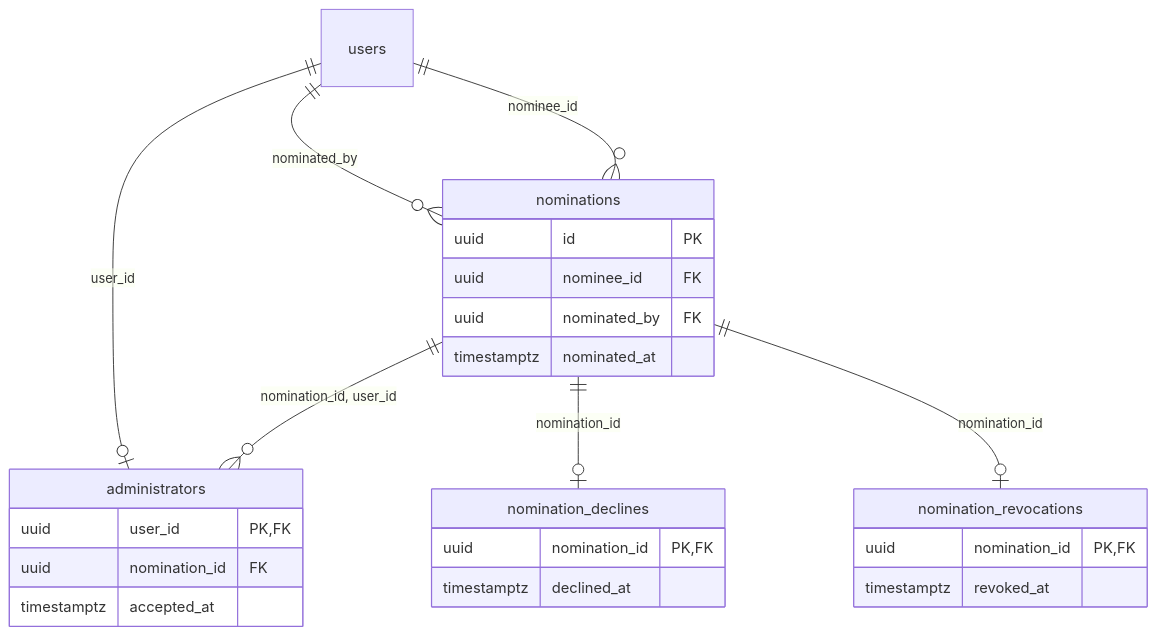
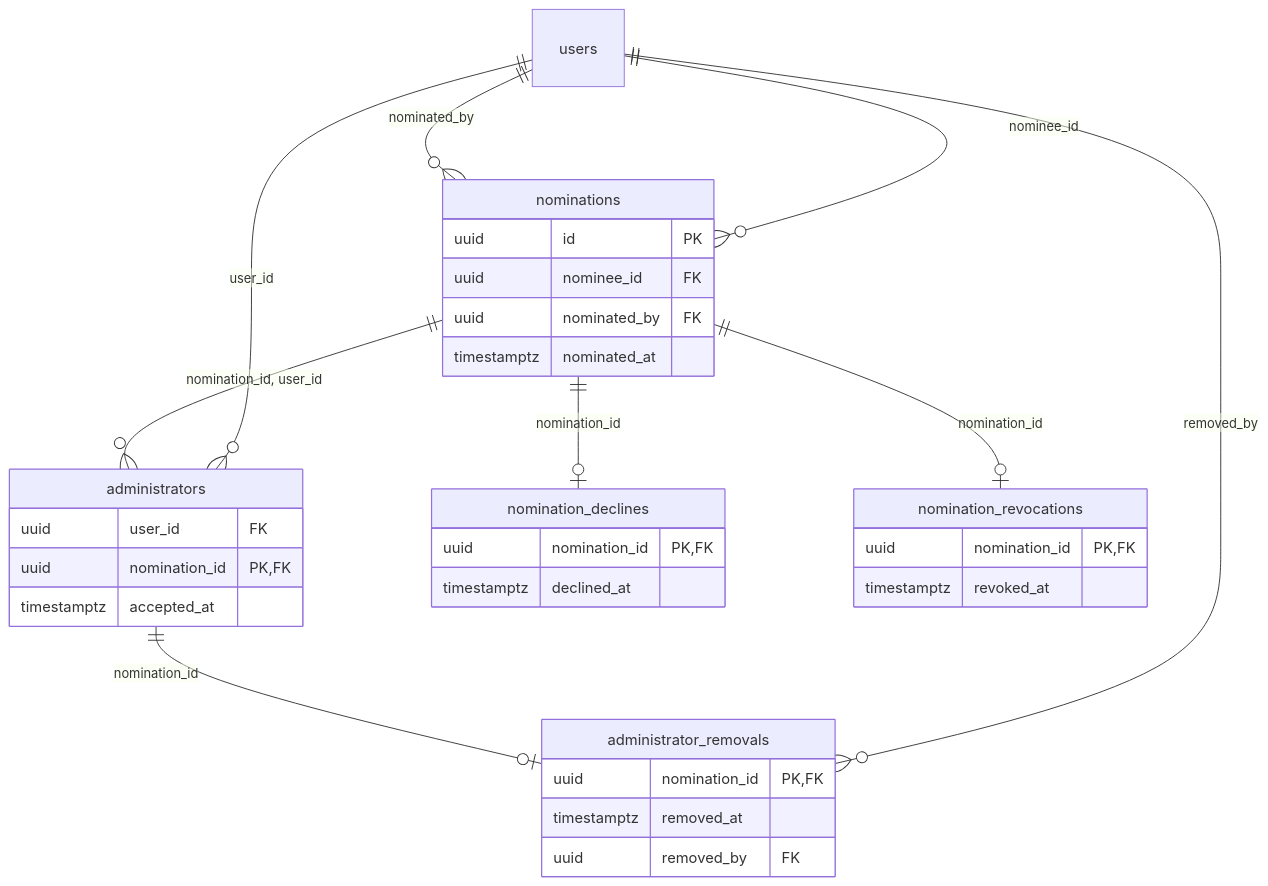
Before and after one commit to overture-stack/usher: the second of 12 diagrams in .dev/design/schema-diagrams.md, drawn with Mermaid. The commit also changed 43 other files, not shown here.

````diff
--- a/.dev/design/schema-diagrams.md
+++ b/.dev/design/schema-diagrams.md
@@ -29,28 +29,35 @@
 ```mermaid
 erDiagram
   administrators {
-    uuid user_id PK, FK
-    uuid nomination_id FK
+    uuid user_id FK
+    uuid nomination_id PK, FK
     timestamptz accepted_at
+  }
+  administrator_removals {
+    uuid nomination_id PK, FK
+    timestamptz removed_at
+    uuid removed_by FK
   }
   nominations {
     uuid id PK
     uuid nominee_id FK
     uuid nominated_by FK
     timestamptz nominated_at
   }
   nomination_declines {
     uuid nomination_id PK, FK
     timestamptz declined_at
   }
   nomination_revocations {
     uuid nomination_id PK, FK
     timestamptz revoked_at
   }
   nominations ||--o{ administrators : "nomination_id, user_id"
-  users ||--o| administrators : "user_id"
+  users ||--o{ administrators : "user_id"
+  administrators ||--o| administrator_removals : "nomination_id"
+  users ||--o{ administrator_removals : "removed_by"
   users ||--o{ nominations : "nominated_by"
   users ||--o{ nominations : "nominee_id"
   nominations ||--o| nomination_declines : "nomination_id"
   nominations ||--o| nomination_revocations : "nomination_id"
 ```
````
